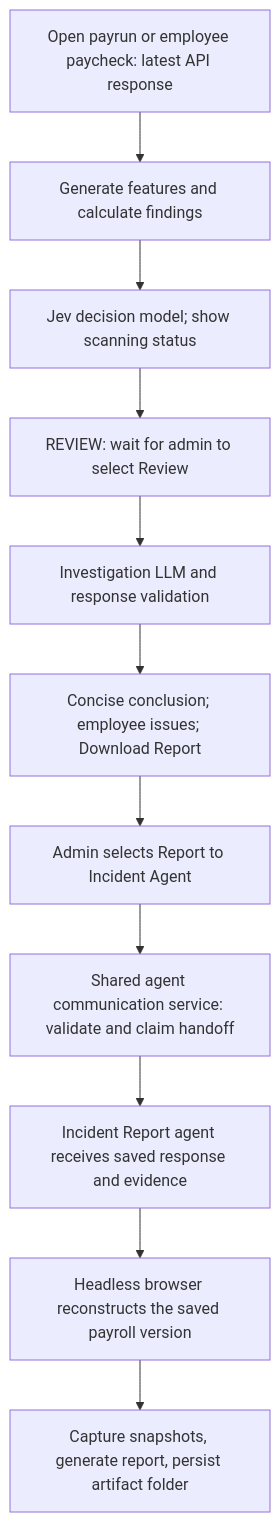
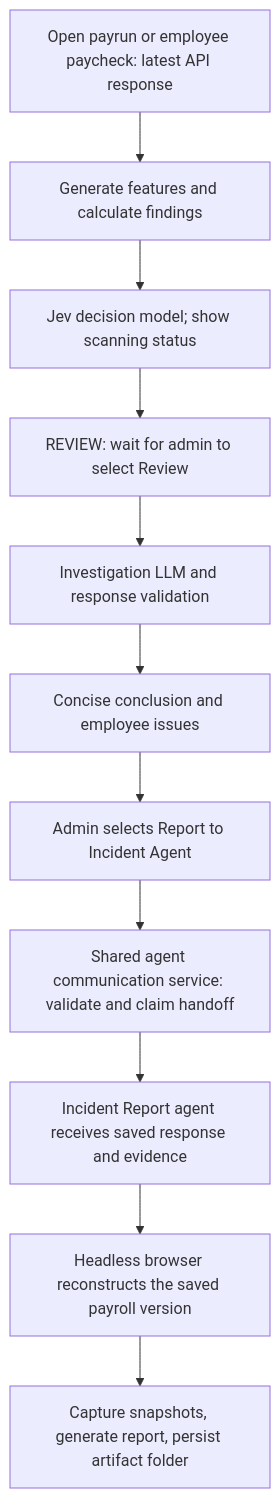
One commit to Tri-Hackathon-Inc/Payroll-Agent changed the fourth of 4 diagrams in backend/AGENTS.md. Above: the diagram before and after it, drawn with Mermaid. The commit also changed other lines of this file and 34 other files, not shown here.

````diff
--- a/backend/AGENTS.md
+++ b/backend/AGENTS.md
@@ -626,13 +630,13 @@
 ```mermaid
 flowchart TD
     Read["Open payrun or employee paycheck: latest API response"] --> Features["Generate features and calculate findings"]
     Features --> Jev["Jev decision model; show scanning status"]
     Jev --> Review["REVIEW: wait for admin to select Review"]
     Review --> Investigation["Investigation LLM and response validation"]
-    Investigation --> Conclusion["Concise conclusion; employee issues; Download Report"]
+    Investigation --> Conclusion["Concise conclusion and employee issues"]
     Conclusion --> Click["Admin selects Report to Incident Agent"]
     Click --> A2A["Shared agent communication service: validate and claim handoff"]
     A2A --> Recipient["Incident Report agent receives saved response and evidence"]
     Recipient --> Capture["Headless browser reconstructs the saved payroll version"]
     Capture --> Store["Capture snapshots, generate report, persist artifact folder"]
 ```
````
